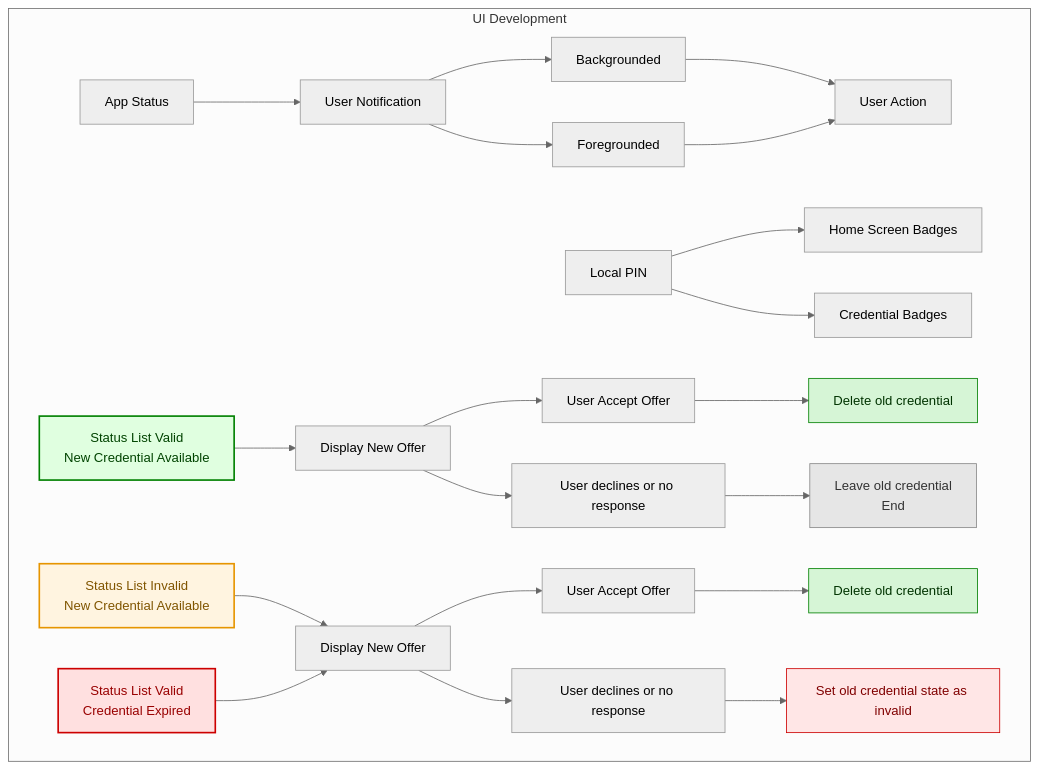
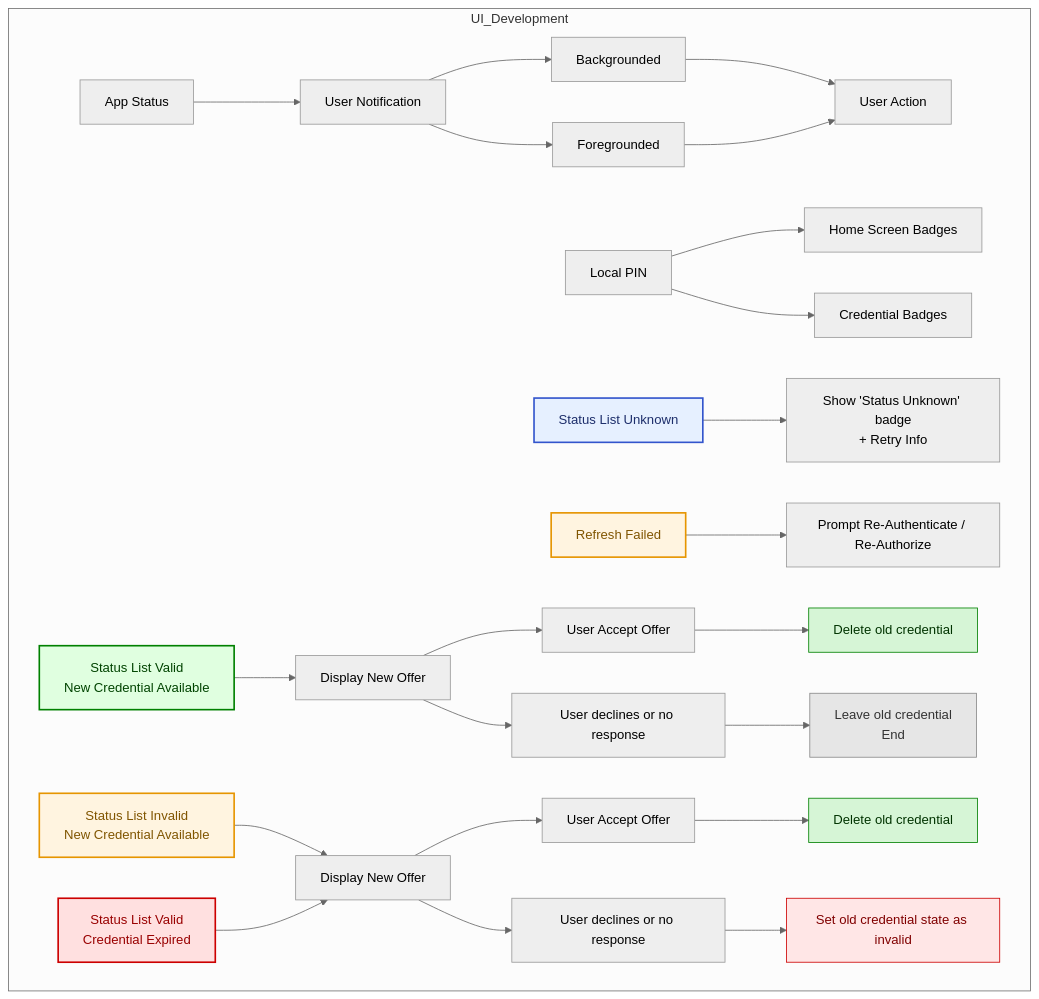
One commit to openwallet-foundation/bifold-wallet changed the second of 4 diagrams in docs/cred-lifecycle-arc.md. Above: the diagram before and after it, drawn with Mermaid (neutral theme).

Commit message:
add status check failiure

````diff
--- a/docs/cred-lifecycle-arc.md
+++ b/docs/cred-lifecycle-arc.md
@@ -72,38 +72,44 @@
 ```mermaid
 flowchart TD
 
-  subgraph UI Development
+  subgraph UI_Development
     B1[App Status] --> B2[User Notification]
     B2 --> B3[Backgrounded]
     B2 --> B4[Foregrounded]
     B3 --> B5[User Action]
     B4 --> B5
 
     B6[Local PIN] --> B7[Home Screen Badges]
     B6 --> B8[Credential Badges]
 
-    %% Display Offers from status results (shared IDs from previous)
-    R1[Status List Valid\nNew Credential Available] --> D1[Display New Offer]
-    R2[Status List Invalid\nNew Credential Available] --> D2[Display New Offer]
-    R3[Status List Valid\nCredential Expired] --> D2
+    %% Display Offers from status results
+    R1["Status List Valid<br/>New Credential Available"] --> D1[Display New Offer]
+    R2["Status List Invalid<br/>New Credential Available"] --> D2[Display New Offer]
+    R3["Status List Valid<br/>Credential Expired"] --> D2
+
+    %% New shared outcomes
+    Result_Unknown["Status List Unknown"] --> D3["Show 'Status Unknown' badge<br/>+ Retry Info"]
+    Refresh_Failed["Refresh Failed"] --> D4["Prompt Re-Authenticate / Re-Authorize"]
 
     %% First path
     D1 --> U1[User Accept Offer] --> DEL1[Delete old credential]
-    D1 --> U2[User declines or no response] --> END[Leave old credential\nEnd]
+    D1 --> U2[User declines or no response] --> END[Leave old credential<br/>End]
 
     %% Second path
     D2 --> U3[User Accept Offer] --> DEL2[Delete old credential]
     D2 --> U4[User declines or no response] --> INV[Set old credential state as invalid]
   end
 
-  %% === Style shared status outcomes to match Core diagram ===
+  %% Style outcomes
   style R1 fill:#e0ffe0,stroke:#008000,stroke-width:2px,color:#004400
   style R2 fill:#fff4e0,stroke:#e69500,stroke-width:2px,color:#805500
   style R3 fill:#ffe0e0,stroke:#cc0000,stroke-width:2px,color:#990000
+  style Result_Unknown fill:#e6f0ff,stroke:#3355cc,stroke-width:2px,color:#1d2e6b
+  style Refresh_Failed fill:#fff4e0,stroke:#e69500,stroke-width:2px,color:#805500
 
-  %% === Optional styling for end actions ===
+  %% Style end actions
   style DEL1 fill:#d6f5d6,stroke:#008000,color:#003300
   style DEL2 fill:#d6f5d6,stroke:#008000,color:#003300
   style INV fill:#ffe6e6,stroke:#cc0000,color:#800000
   style END fill:#e6e6e6,stroke:#888888,color:#333333
 ```
````
